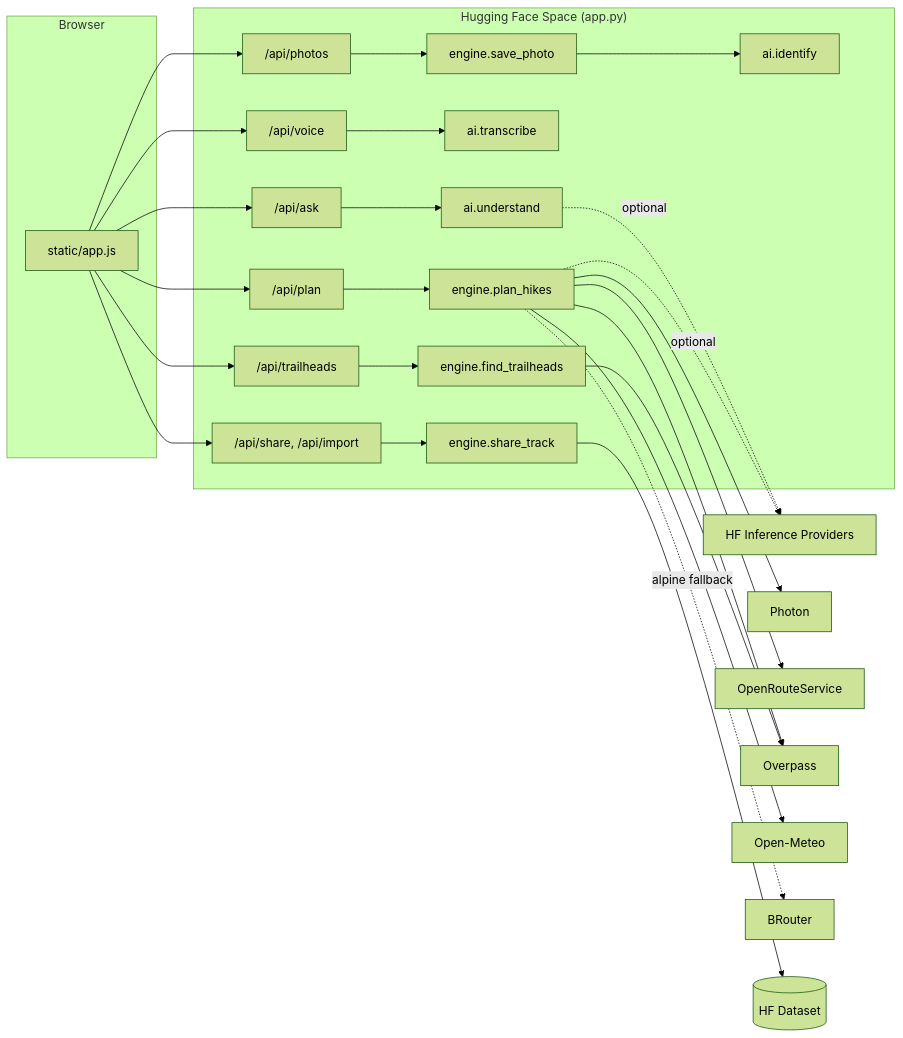
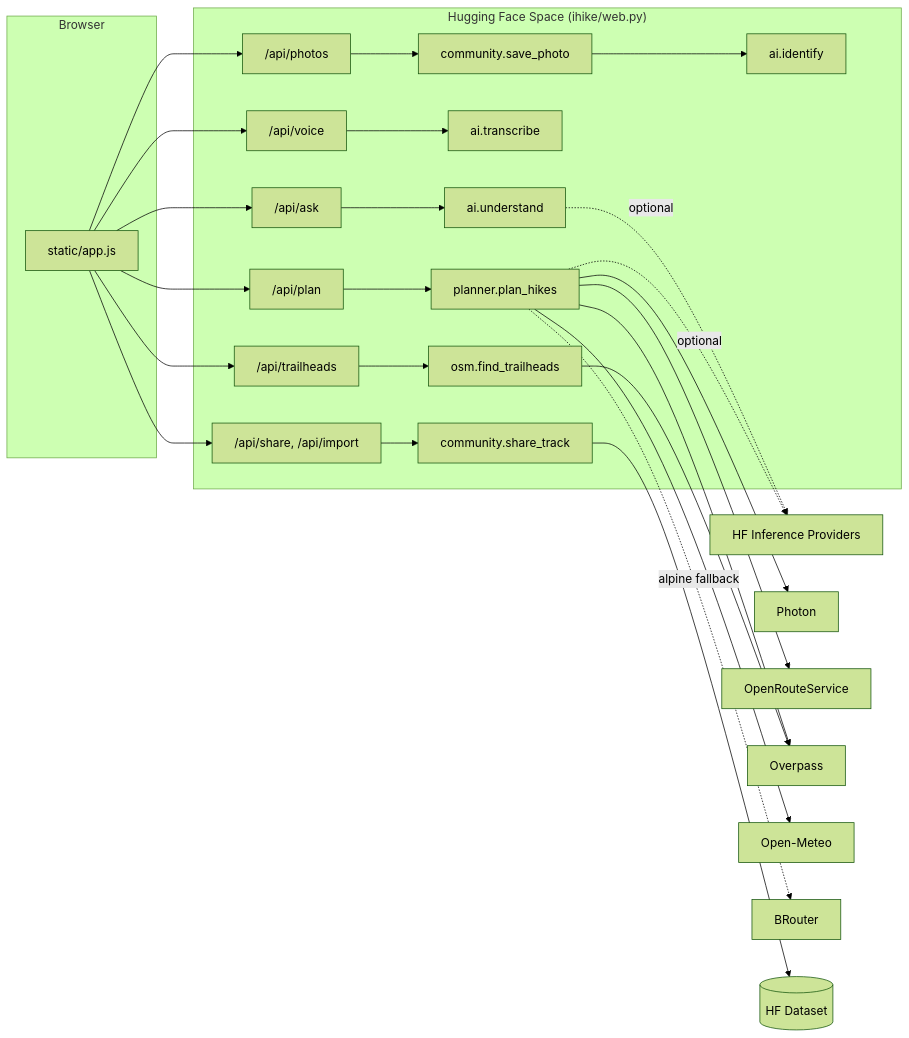
One commit to Delmas2005/iHike changed the diagram in docs/ARCHITECTURE.md. Above: the diagram before and after it, drawn with Mermaid (forest theme). The commit also changed other lines of this file and 2 other files, not shown here.

First line of the commit message:
docs: describe the ihike package layout

````diff
--- a/docs/ARCHITECTURE.md
+++ b/docs/ARCHITECTURE.md
@@ -33,21 +33,21 @@
 ```mermaid
 flowchart LR
   subgraph Browser
     UI[static/app.js]
   end
-  subgraph Space["Hugging Face Space (app.py)"]
+  subgraph Space["Hugging Face Space (ihike/web.py)"]
     ASK["/api/ask"] --> UND[ai.understand]
     VOICE["/api/voice"] --> TR[ai.transcribe]
-    PLAN["/api/plan"] --> PH[engine.plan_hikes]
-    PHOTO["/api/photos"] --> SP[engine.save_photo] --> ID[ai.identify]
-    SHARE["/api/share, /api/import"] --> ST[engine.share_track]
-    TH["/api/trailheads"] --> FT[engine.find_trailheads]
+    PLAN["/api/plan"] --> PH[planner.plan_hikes]
+    PHOTO["/api/photos"] --> SP[community.save_photo] --> ID[ai.identify]
+    SHARE["/api/share, /api/import"] --> ST[community.share_track]
+    TH["/api/trailheads"] --> FT[osm.find_trailheads]
   end
   UI --> ASK & VOICE & PLAN & PHOTO & SHARE & TH
   UND -. optional .-> HFI[HF Inference Providers]
   PH --> PHOTON[Photon] & ORS[OpenRouteService] & OVP[Overpass] & OM[Open-Meteo]
   PH -. alpine fallback .-> BR[BRouter]
   PH -. optional .-> HFI
   FT --> OVP
   ST --> DS[(HF Dataset)]
 ```
````
